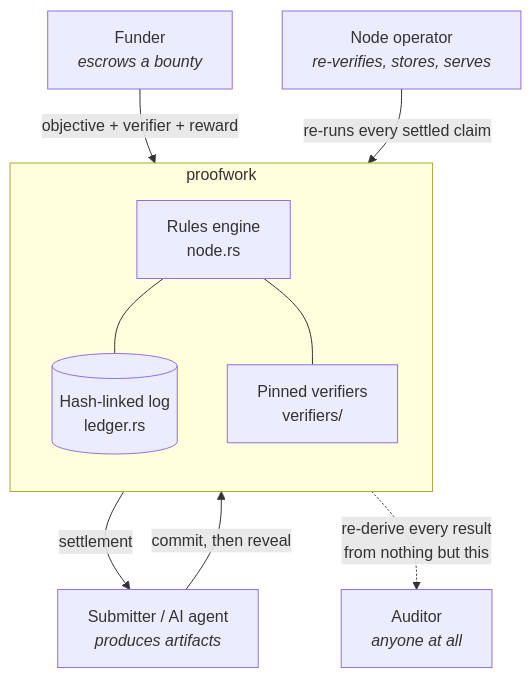
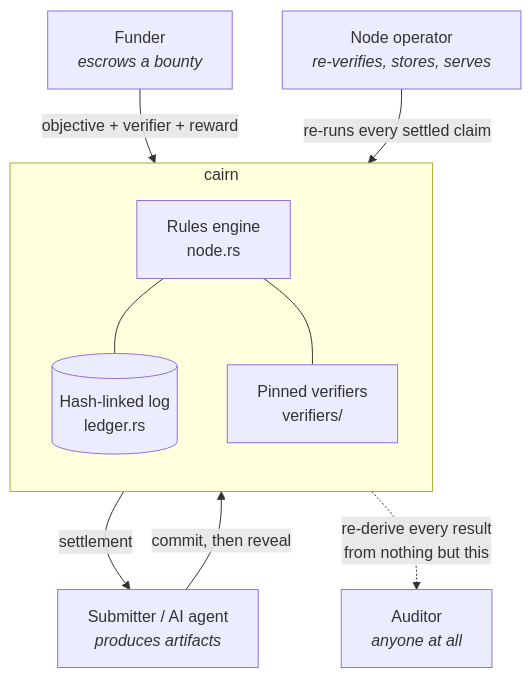
Before and after one commit to aburan28/cairn: the first of 12 diagrams in docs/diagrams.md, drawn with Mermaid. The commit also changed other lines of this file and 187 other files, not shown here.

First line of the commit message:
feat!: rename proofwork to cairn

````diff
--- a/docs/diagrams.md
+++ b/docs/diagrams.md
@@ -24,22 +24,22 @@
 ```mermaid
 flowchart TB
     funder["Funder<br/><i>escrows a bounty</i>"]
     agent["Submitter / AI agent<br/><i>produces artifacts</i>"]
     operator["Node operator<br/><i>re-verifies, stores, serves</i>"]
     auditor["Auditor<br/><i>anyone at all</i>"]
 
-    subgraph pw["proofwork"]
+    subgraph pw["cairn"]
         direction TB
         rules["Rules engine<br/>node.rs"]
         log[("Hash-linked log<br/>ledger.rs")]
         verify["Pinned verifiers<br/>verifiers/"]
         rules --- log
         rules --- verify
     end
 
     funder -->|"objective + verifier + reward"| rules
     agent -->|"commit, then reveal"| rules
     rules -->|"settlement"| agent
     operator -->|"re-runs every settled claim"| pw
     log -.->|"re-derive every result<br/>from nothing but this"| auditor
 ```
````
